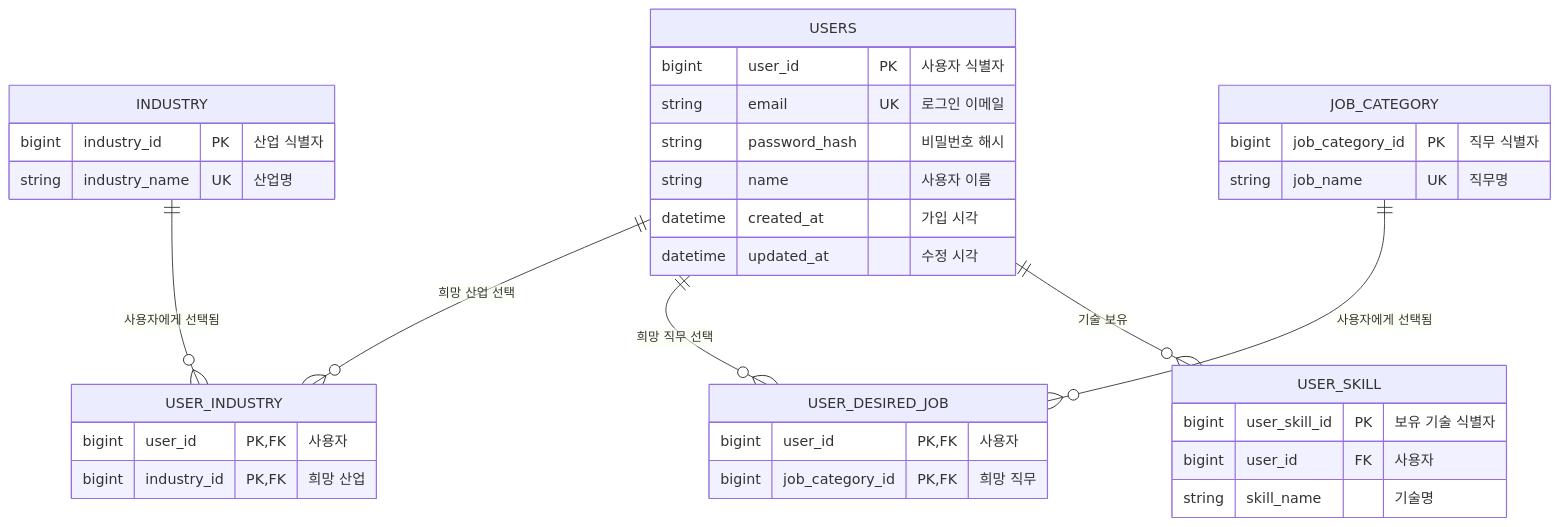
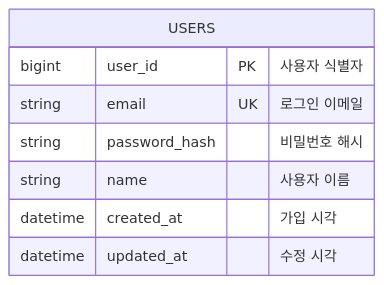
The diagram in docs/db/01_user_profile.md (skala-gj-6/resume-recommendation), drawn with Mermaid before and after one commit. The commit also changed other lines of this file and 4 other files, not shown here.

Commit message:
docs: 현재 구현 기준으로 ERD 문서 최신화 (#23)

````diff
--- a/docs/db/01_user_profile.md
+++ b/docs/db/01_user_profile.md
@@ -14,43 +14,11 @@
 ```mermaid
 erDiagram
-    USERS ||--o{ USER_INDUSTRY : "희망 산업 선택"
-    INDUSTRY ||--o{ USER_INDUSTRY : "사용자에게 선택됨"
-    USERS ||--o{ USER_DESIRED_JOB : "희망 직무 선택"
-    JOB_CATEGORY ||--o{ USER_DESIRED_JOB : "사용자에게 선택됨"
-    USERS ||--o{ USER_SKILL : "기술 보유"
-
     USERS {
         bigint user_id PK "사용자 식별자"
         string email UK "로그인 이메일"
         string password_hash "비밀번호 해시"
         string name "사용자 이름"
         datetime created_at "가입 시각"
         datetime updated_at "수정 시각"
     }
-
-    INDUSTRY {
-        bigint industry_id PK "산업 식별자"
-        string industry_name UK "산업명"
-    }
-
-    USER_INDUSTRY {
-        bigint user_id PK, FK "사용자"
-        bigint industry_id PK, FK "희망 산업"
-    }
-
-    JOB_CATEGORY {
-        bigint job_category_id PK "직무 식별자"
-        string job_name UK "직무명"
-    }
-
-    USER_DESIRED_JOB {
-        bigint user_id PK, FK "사용자"
-        bigint job_category_id PK, FK "희망 직무"
-    }
-
-    USER_SKILL {
-        bigint user_skill_id PK "보유 기술 식별자"
-        bigint user_id FK "사용자"
-        string skill_name "기술명"
-    }
 ```
````
